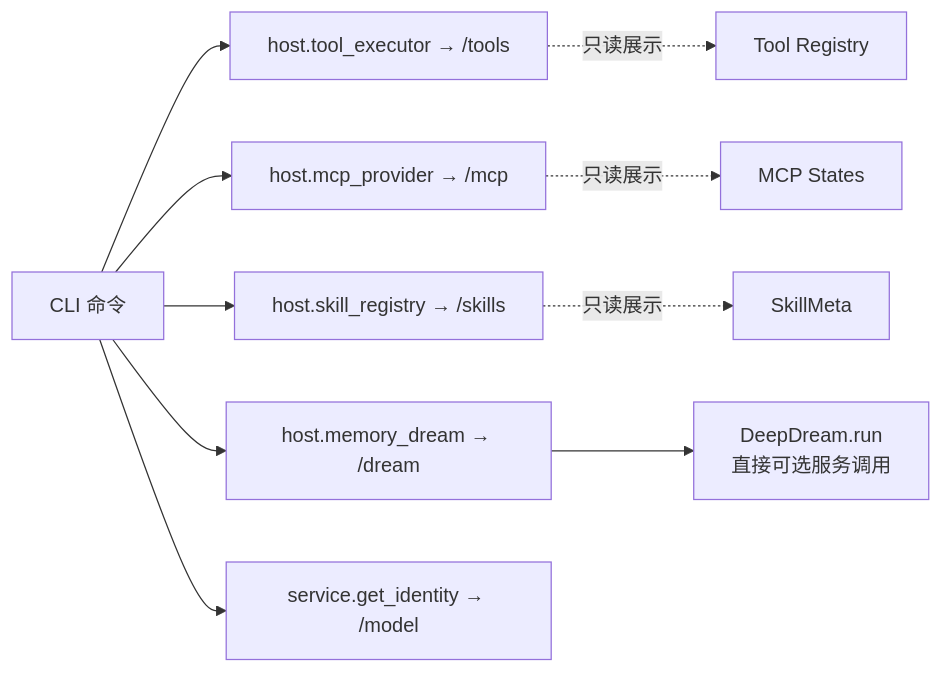
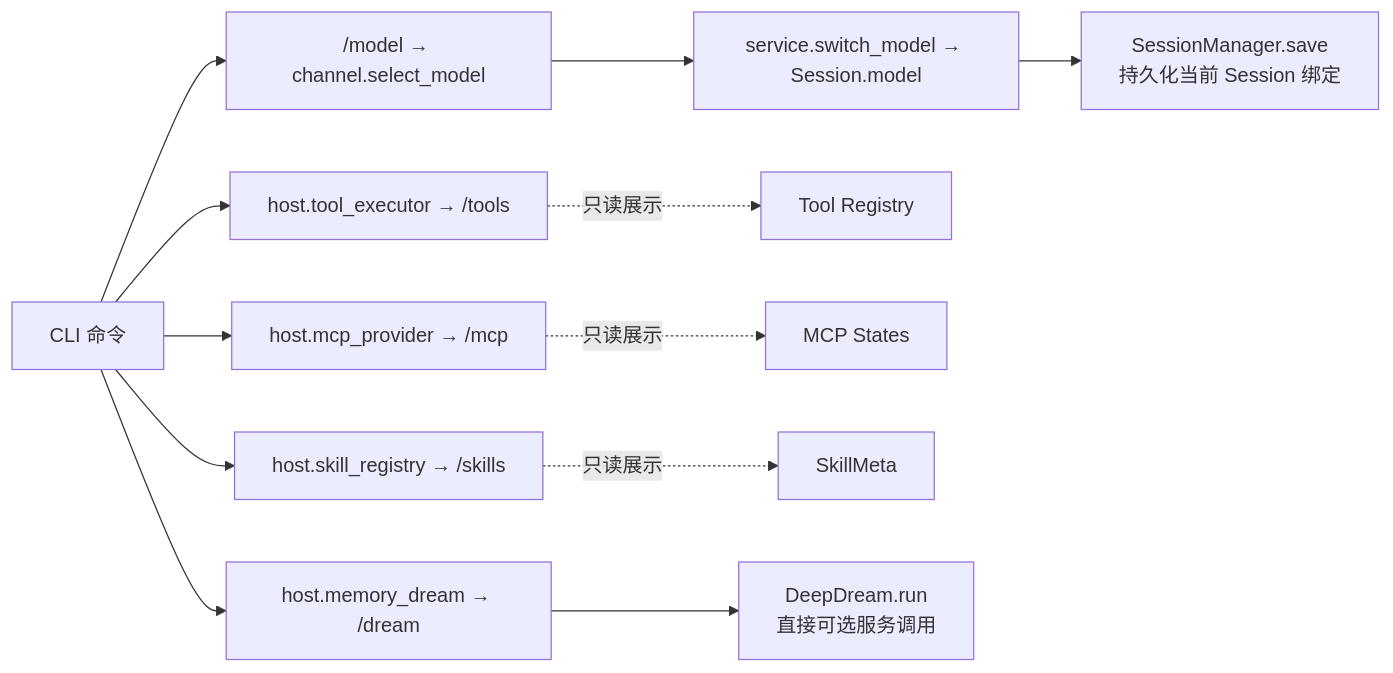
Before and after one commit to aandbcct/dotClaw: diagram 14 of 14 in docs/wiki/Bootstrap 与应用入口模块总体说明.md, drawn with Mermaid. The commit also changed other lines of this file and 7 other files, not shown here.

````diff
--- a/docs/wiki/Bootstrap 与应用入口模块总体说明.md
+++ b/docs/wiki/Bootstrap 与应用入口模块总体说明.md
@@ -1658,13 +1661,15 @@
 ```mermaid
 flowchart LR
     CLI["CLI 命令"] --> Tools["host.tool_executor → /tools"]
     CLI --> MCP["host.mcp_provider → /mcp"]
     CLI --> Skills["host.skill_registry → /skills"]
     CLI --> Dream["host.memory_dream → /dream"]
-    CLI --> Model["service.get_identity → /model"]
+    CLI --> ModelSelect["/model → channel.select_model"]
+    ModelSelect --> ModelSwitch["service.switch_model → Session.model"]
 
     Tools -.只读展示.-> Registry["Tool Registry"]
     MCP -.只读展示.-> States["MCP States"]
     Skills -.只读展示.-> Metas["SkillMeta"]
+    ModelSwitch --> Persist["SessionManager.save<br/>持久化当前 Session 绑定"]
     Dream --> Direct["DeepDream.run<br/>直接可选服务调用"]
 ```
````
